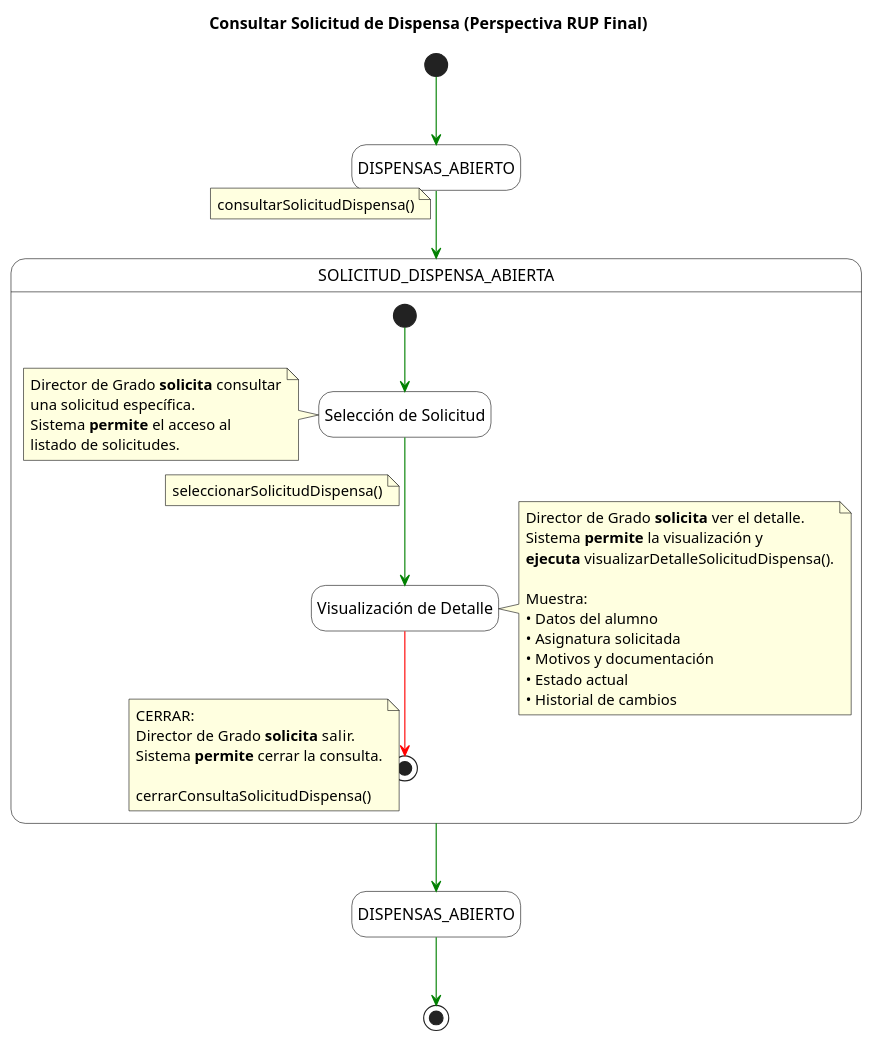
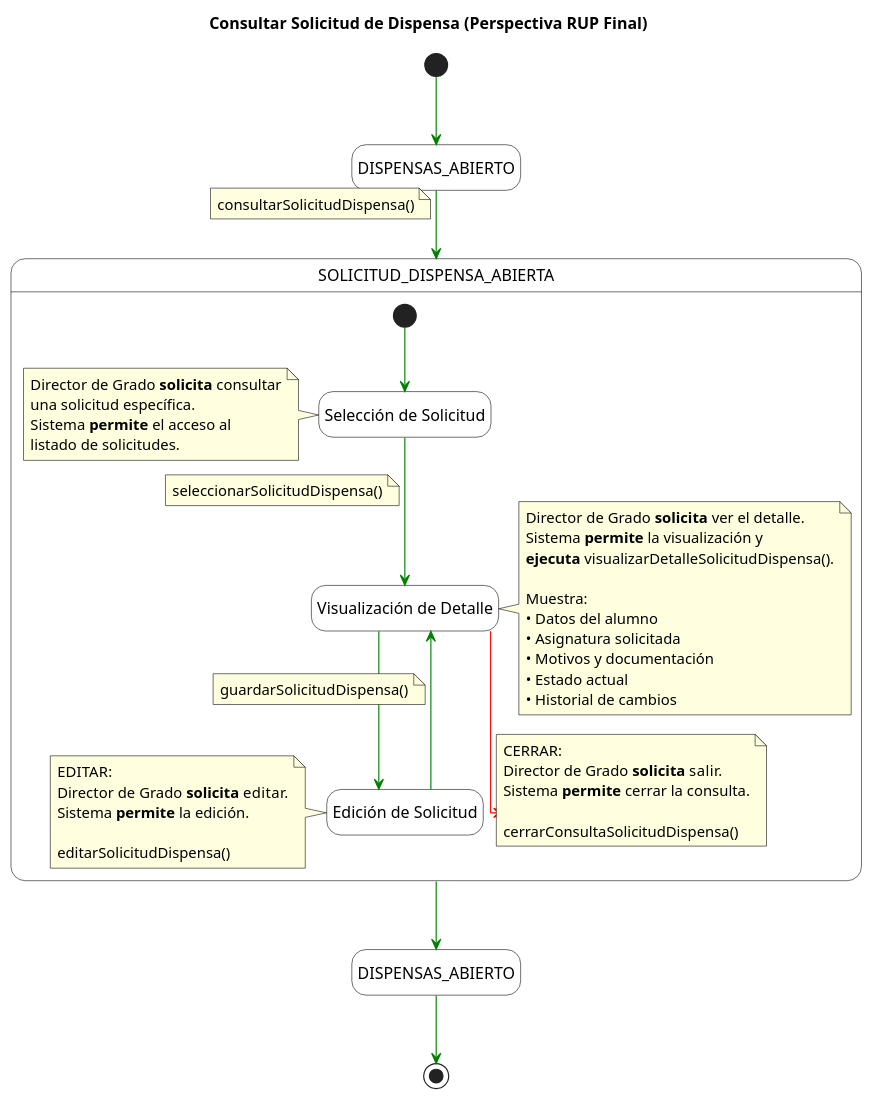
Before and after one commit to enmabry/25-26-IdSw1-SdR: the diagram in documents/CasosDeUso/DetalladoCasosDeUso/DirectorDeGrado/ConsultarSolicitudesDispensas.puml, drawn with PlantUML. The commit also changed 1 other file, not shown here.

Commit message:
Segunda mejora del Detallado del CdU ConsultarSolicitudDispensa

```diff
--- a/documents/CasosDeUso/DetalladoCasosDeUso/DirectorDeGrado/ConsultarSolicitudesDispensas.puml
+++ b/documents/CasosDeUso/DetalladoCasosDeUso/DirectorDeGrado/ConsultarSolicitudesDispensas.puml
@@ -1,69 +1,85 @@
 @startuml
 title Consultar Solicitud de Dispensa (Perspectiva RUP Final)
 
 skinparam {
     StateBackgroundColor white
     StateBorderColor black
     NoteBackgroundColor lightyellow
     NoteBorderColor black
     ArrowColor green
     linetype ortho
 }
 
 hide empty description
 
 state "DISPENSAS_ABIERTO" as startState <<sdlreceive>>
 state "DISPENSAS_ABIERTO" as endState <<sdlreceive>>
 
 [*] -[#green]-> startState
 
 startState -[#green]-> SOLICITUD_DISPENSA_ABIERTA
 note on link
     consultarSolicitudDispensa()
 end note
 
 state SOLICITUD_DISPENSA_ABIERTA {
     [*] -[#green]-> SeleccionarSolicitud
     
     state "Selección de Solicitud" as SeleccionarSolicitud <<sdlreceive>>
     note left of SeleccionarSolicitud
         Director de Grado <b>solicita</b> consultar
         una solicitud específica.
         Sistema <b>permite</b> el acceso al
         listado de solicitudes.
     end note
     
     SeleccionarSolicitud -[#green]-> VisualizarDetalle
     note on link
         seleccionarSolicitudDispensa()
     end note
     
     state "Visualización de Detalle" as VisualizarDetalle <<sdlreceive>>
     note right of VisualizarDetalle
         Director de Grado <b>solicita</b> ver el detalle.
         Sistema <b>permite</b> la visualización y
         <b>ejecuta</b> visualizarDetalleSolicitudDispensa().
         
         Muestra:
         • Datos del alumno
         • Asignatura solicitada
         • Motivos y documentación
         • Estado actual
         • Historial de cambios
     end note
     
+    VisualizarDetalle -[#green]-> EditarSolicitud
+    
+    state "Edición de Solicitud" as EditarSolicitud <<sdlreceive>>
+    note left of EditarSolicitud
+        EDITAR:
+        Director de Grado <b>solicita</b> editar.
+        Sistema <b>permite</b> la edición.
+        
+        editarSolicitudDispensa()
+    end note
+    
+    EditarSolicitud -[#green]-> VisualizarDetalle
+    note on link
+        guardarSolicitudDispensa()
+    end note
+    
     VisualizarDetalle -[#red]-> [*]
     note on link
         CERRAR:
         Director de Grado <b>solicita</b> salir.
         Sistema <b>permite</b> cerrar la consulta.
         
         cerrarConsultaSolicitudDispensa()
     end note
 }
 
 SOLICITUD_DISPENSA_ABIERTA -[#green]-> endState
 
 endState -[#green]-> [*]
 
 @enduml
```
